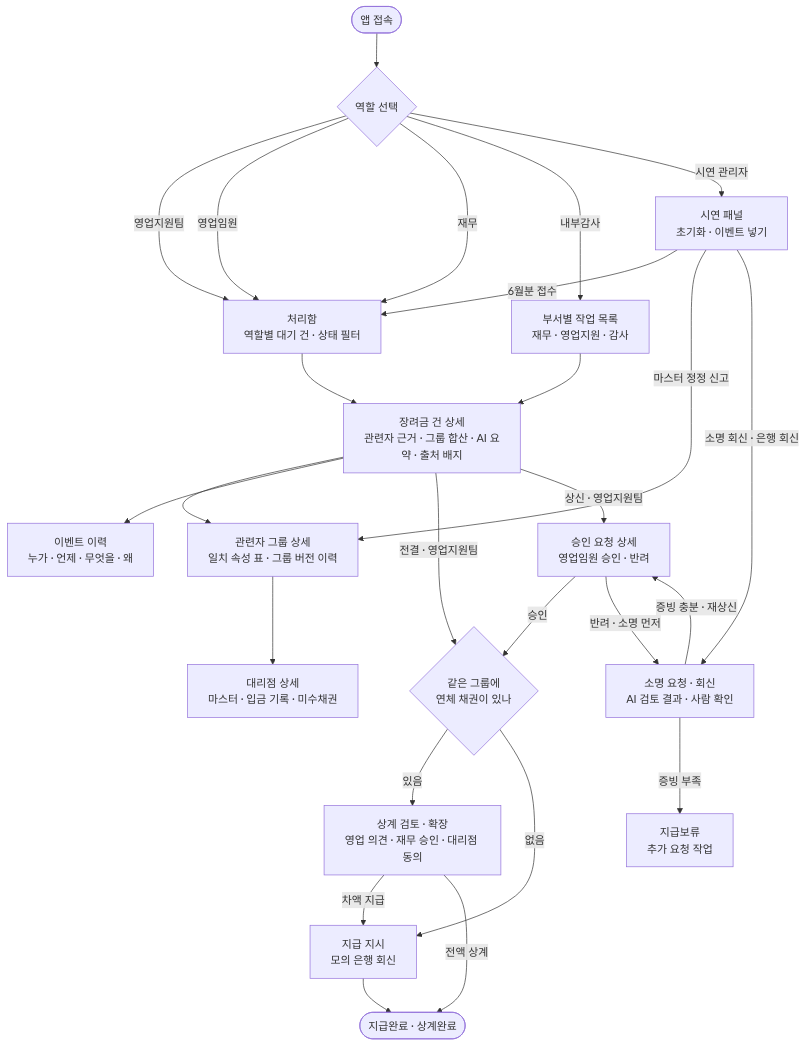
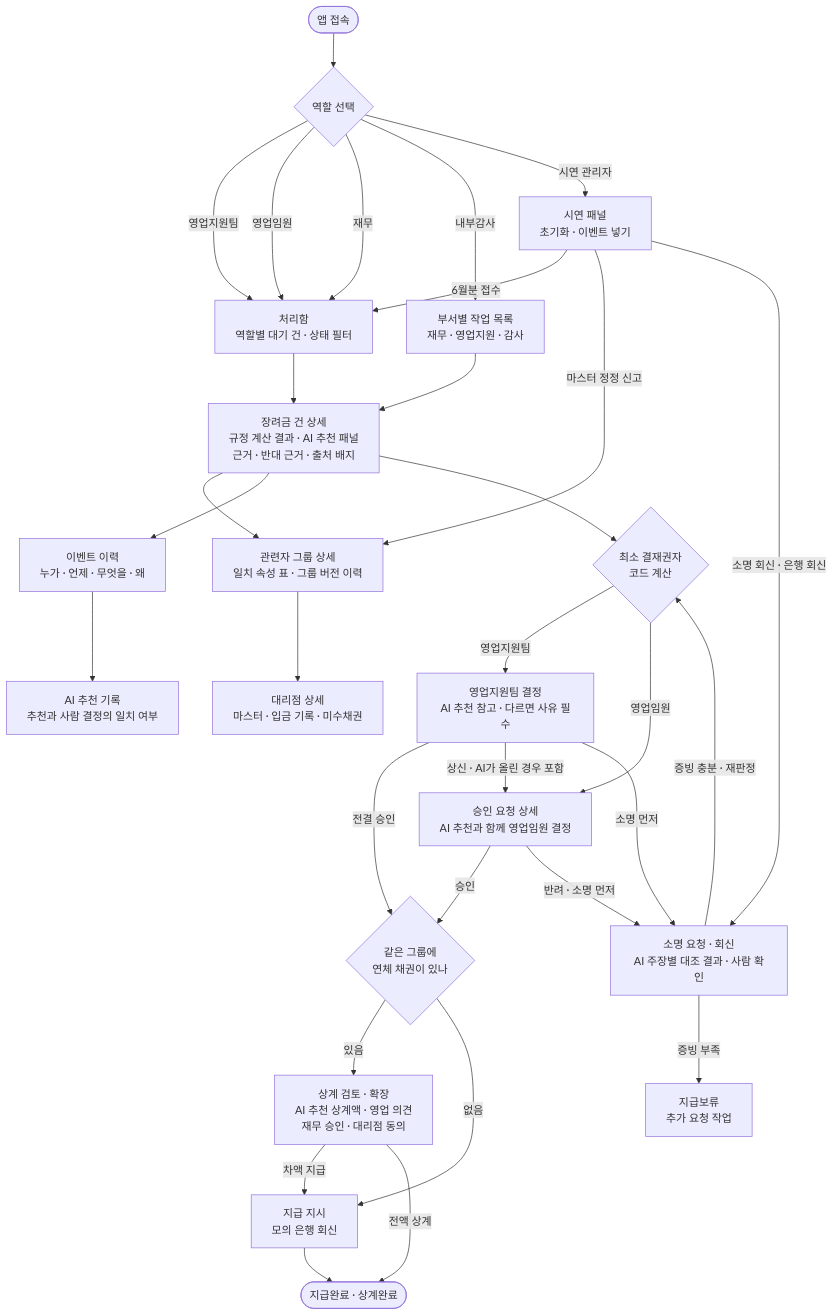
The second of 4 diagrams in docs/architecture.md (LeoChoi224/related-party-rebate-agent), drawn with Mermaid before and after one commit. The commit also changed other lines of this file and 129 other files, not shown here.

````diff
--- a/docs/architecture.md
+++ b/docs/architecture.md
@@ -75,32 +98,37 @@
 ```mermaid
 flowchart TD
   START(["앱 접속"]) --> ROLE{"역할 선택"}
   ROLE -->|영업지원팀| INBOX
   ROLE -->|영업임원| INBOX
   ROLE -->|재무| INBOX
   ROLE -->|내부감사| TASKS
   ROLE -->|시연 관리자| DEMO
 
-  INBOX["처리함<br/>역할별 대기 건 · 상태 필터"] --> CLAIM["장려금 건 상세<br/>관련자 근거 · 그룹 합산 · AI 요약 · 출처 배지"]
+  INBOX["처리함<br/>역할별 대기 건 · 상태 필터"] --> CLAIM["장려금 건 상세<br/>규정 계산 결과 · AI 추천 패널<br/>근거 · 반대 근거 · 출처 배지"]
   CLAIM --> GROUP["관련자 그룹 상세<br/>일치 속성 표 · 그룹 버전 이력"]
   GROUP --> AGENCY["대리점 상세<br/>마스터 · 입금 기록 · 미수채권"]
   CLAIM --> LOG["이벤트 이력<br/>누가 · 언제 · 무엇을 · 왜"]
+  LOG --> AIREC["AI 추천 기록<br/>추천과 사람 결정의 일치 여부"]
 
-  CLAIM -->|"전결 · 영업지원팀"| CHECK
-  CLAIM -->|"상신 · 영업지원팀"| APPROVAL["승인 요청 상세<br/>영업임원 승인 · 반려"]
+  CLAIM --> AUTHQ{"최소 결재권자<br/>코드 계산"}
+  AUTHQ -->|영업지원팀| SUPP["영업지원팀 결정<br/>AI 추천 참고 · 다르면 사유 필수"]
+  AUTHQ -->|영업임원| APPROVAL["승인 요청 상세<br/>AI 추천과 함께 영업임원 결정"]
+  SUPP -->|"전결 승인"| CHECK
+  SUPP -->|"상신 · AI가 올린 경우 포함"| APPROVAL
+  SUPP -->|"소명 먼저"| EXPL
   APPROVAL -->|승인| CHECK{"같은 그룹에<br/>연체 채권이 있나"}
-  APPROVAL -->|"반려 · 소명 먼저"| EXPL["소명 요청 · 회신<br/>AI 검토 결과 · 사람 확인"]
-  EXPL -->|"증빙 충분 · 재상신"| APPROVAL
+  APPROVAL -->|"반려 · 소명 먼저"| EXPL["소명 요청 · 회신<br/>AI 주장별 대조 결과 · 사람 확인"]
+  EXPL -->|"증빙 충분 · 재판정"| AUTHQ
   EXPL -->|"증빙 부족"| HOLD["지급보류<br/>추가 요청 작업"]
 
-  CHECK -->|있음| OFFSET["상계 검토 · 확장<br/>영업 의견 · 재무 승인 · 대리점 동의"]
+  CHECK -->|있음| OFFSET["상계 검토 · 확장<br/>AI 추천 상계액 · 영업 의견<br/>재무 승인 · 대리점 동의"]
   CHECK -->|없음| PAY
   OFFSET -->|"차액 지급"| PAY["지급 지시<br/>모의 은행 회신"]
   OFFSET -->|"전액 상계"| DONE
   PAY --> DONE(["지급완료 · 상계완료"])
 
   TASKS["부서별 작업 목록<br/>재무 · 영업지원 · 감사"] --> CLAIM
   DEMO["시연 패널<br/>초기화 · 이벤트 넣기"] -->|"6월분 접수"| INBOX
   DEMO -->|"마스터 정정 신고"| GROUP
   DEMO -->|"소명 회신 · 은행 회신"| EXPL
 ```
````
